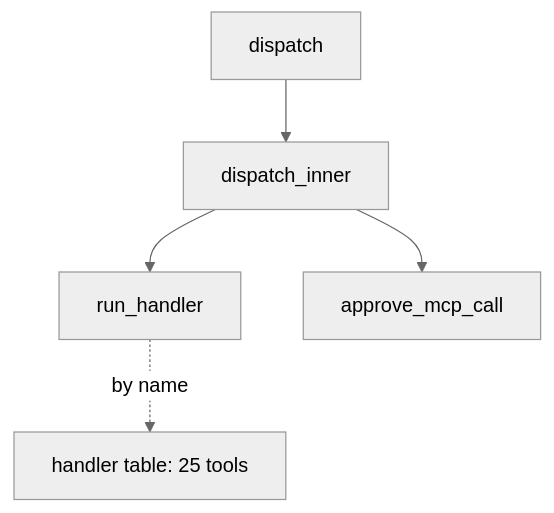
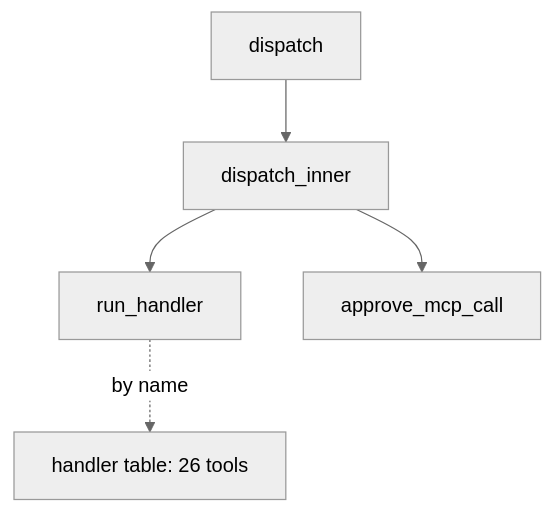
Before and after one commit to agent6-dev/agent6: the fifth of 6 diagrams in docs/architecture.md, drawn with Mermaid (neutral theme). The commit also changed other lines of this file and 15 other files, not shown here.

````diff
--- a/docs/architecture.md
+++ b/docs/architecture.md
@@ -507,12 +507,12 @@
 ```mermaid
 graph TD
     n_dispatch["dispatch"]
     n_dispatch_inner["dispatch_inner"]
     n_run_handler["run_handler"]
     n_approve_mcp_call["approve_mcp_call"]
     n_dispatch_inner --> n_approve_mcp_call
     n_dispatch_inner --> n_run_handler
     n_dispatch --> n_dispatch_inner
-    n_table["handler table: 25 tools"]
+    n_table["handler table: 26 tools"]
     n_run_handler -.->|by name| n_table
 ```
````
